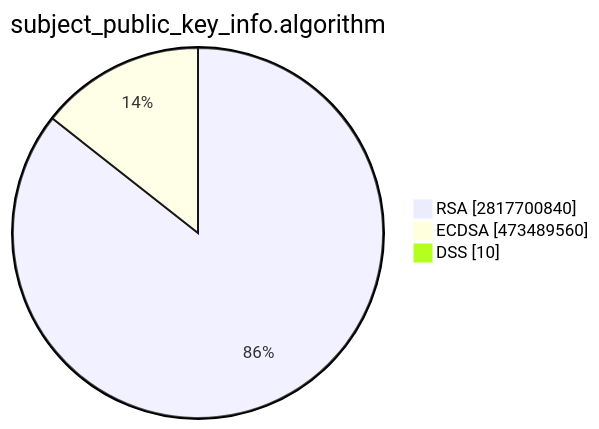
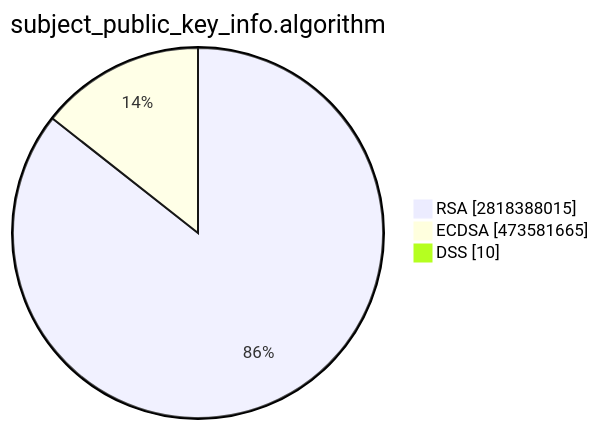
One commit to christiankrug/ctmonitor_visualization changed the second of 15 diagrams in TOTAL/README.md. Above: the diagram before and after it, drawn with Mermaid. The commit also changed other lines of this file, not shown here.

````diff
--- a/TOTAL/README.md
+++ b/TOTAL/README.md
@@ -6,7 +6,7 @@
 ```mermaid
 pie showData
 title subject_public_key_info.algorithm
-"RSA" :2817700840
-"ECDSA" :473489560
+"RSA" :2818388015
+"ECDSA" :473581665
 "DSS" :10
 ```
````
